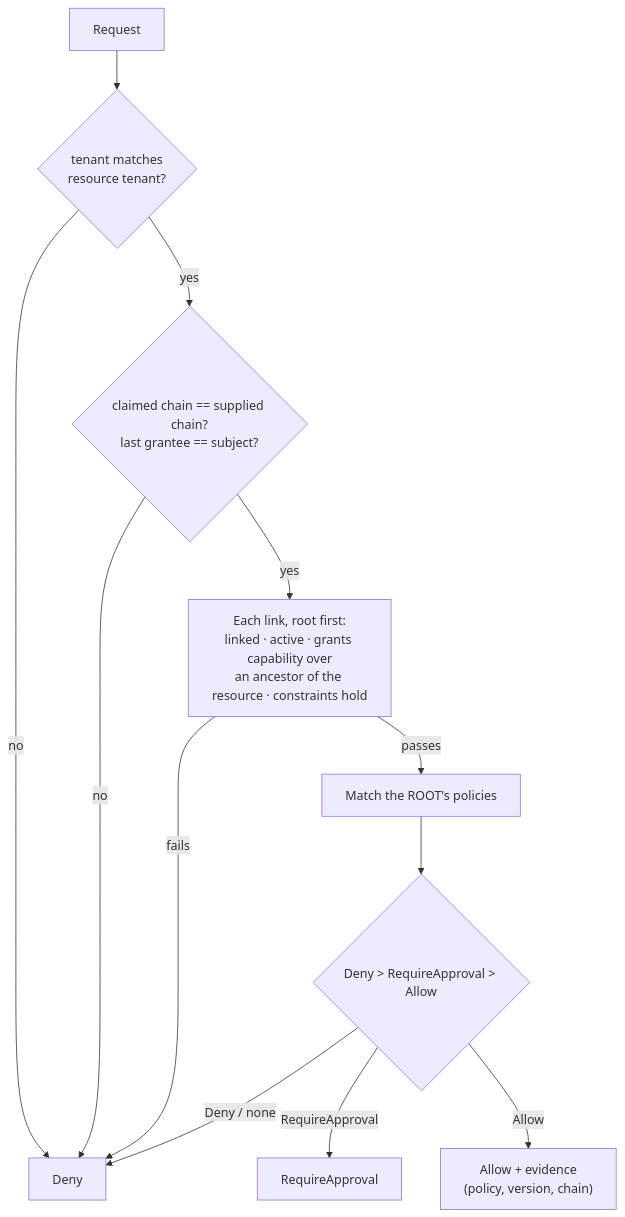
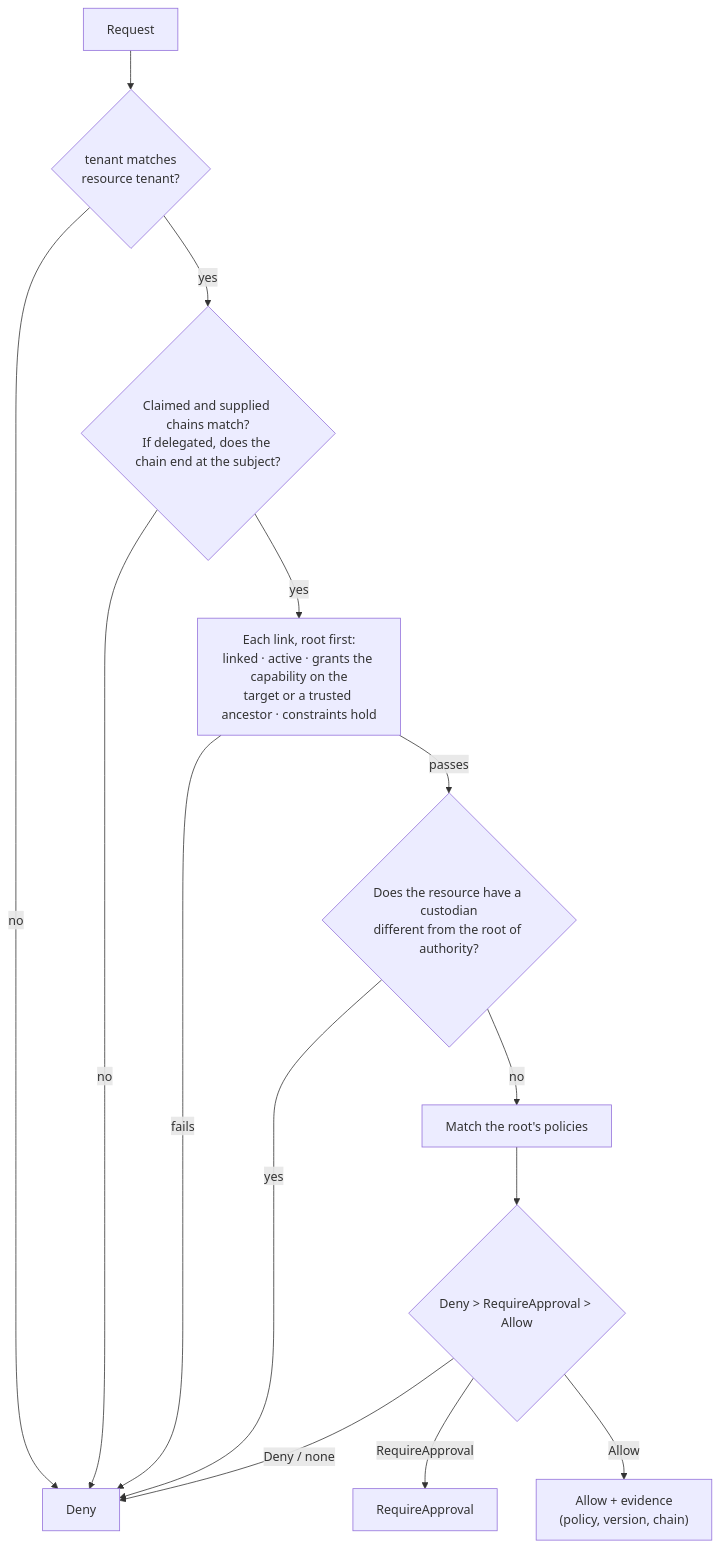
Before and after one commit to amurph491/hallpass-public: the third of 6 diagrams in docs/system-design.md, drawn with Mermaid. The commit also changed other lines of this file, not shown here.

Commit message:
Align system design diagrams with the implementation

````diff
--- a/docs/system-design.md
+++ b/docs/system-design.md
@@ -132,14 +146,16 @@
 ```mermaid
 flowchart TD
   A["Request"] --> T{"tenant matches<br/>resource tenant?"}
   T -- no --> D1["Deny"]
-  T -- yes --> C{"claimed chain == supplied chain?<br/>last grantee == subject?"}
+  T -- yes --> C{"Claimed and supplied chains match?<br/>If delegated, does the chain end at the subject?"}
   C -- no --> D1
-  C -- yes --> L["Each link, root first:<br/>linked · active · grants capability over<br/>an ancestor of the resource · constraints hold"]
+  C -- yes --> L["Each link, root first:<br/>linked · active · grants the capability on the<br/>target or a trusted ancestor · constraints hold"]
   L -- fails --> D1
-  L -- passes --> P["Match the ROOT's policies"]
+  L -- passes --> U{"Does the resource have a custodian<br/>different from the root of authority?"}
+  U -- yes --> D1
+  U -- no --> P["Match the root's policies"]
   P --> PR{"Deny > RequireApproval > Allow"}
   PR -- Deny / none --> D1
   PR -- RequireApproval --> AP["RequireApproval"]
   PR -- Allow --> AL["Allow + evidence<br/>(policy, version, chain)"]
 ```
````
